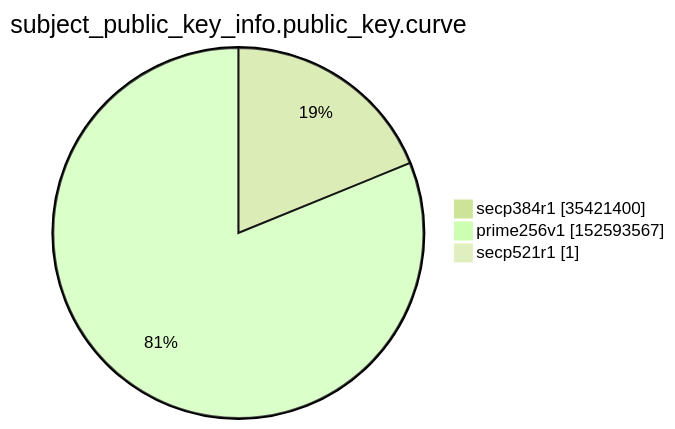
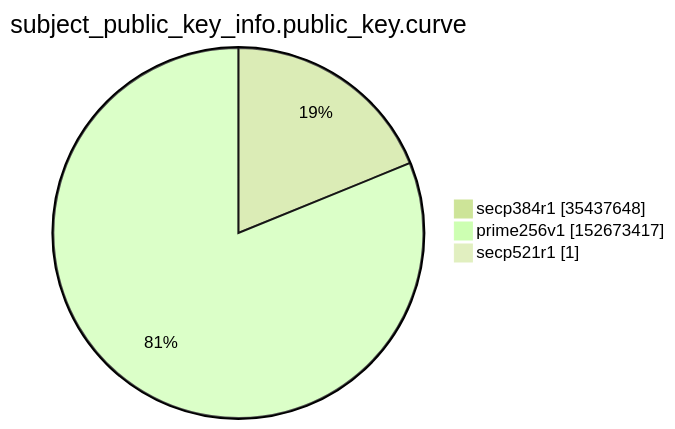
One commit to christiankrug/ctmonitor_visualization changed the ninth of 15 diagrams in argon2022/README.md. Above: the diagram before and after it, drawn with Mermaid (forest theme). The commit also changed other lines of this file, not shown here.

````diff
--- a/argon2022/README.md
+++ b/argon2022/README.md
@@ -2765,7 +2765,7 @@
 ```mermaid
 pie showData
 title subject_public_key_info.public_key.curve
-"secp384r1" :35421400
-"prime256v1" :152593567
+"secp384r1" :35437648
+"prime256v1" :152673417
 "secp521r1" :1
 ```
````
